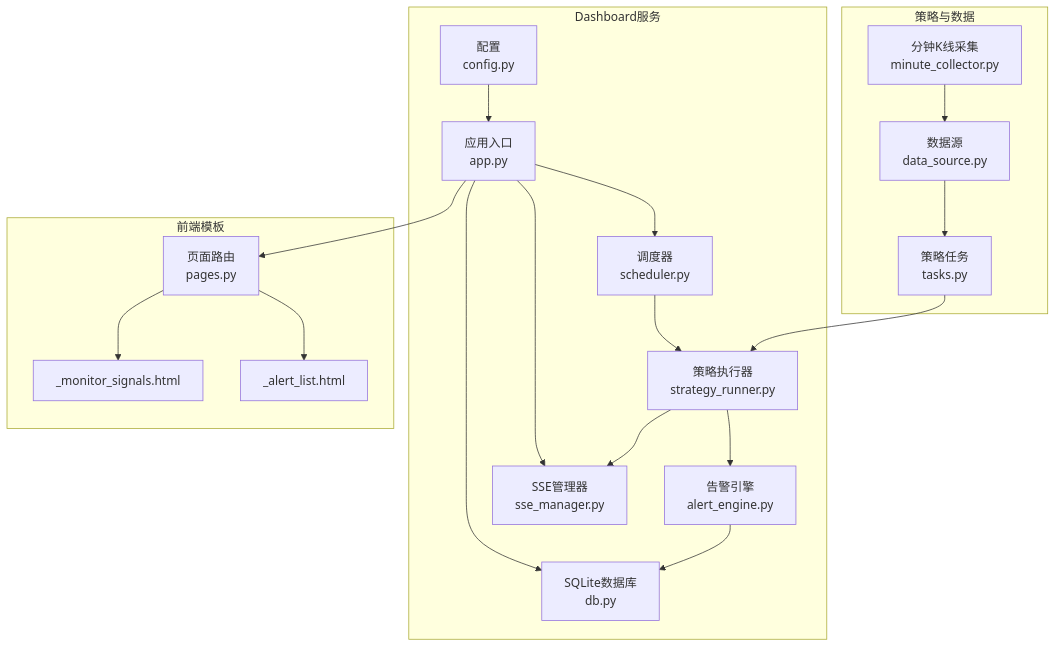
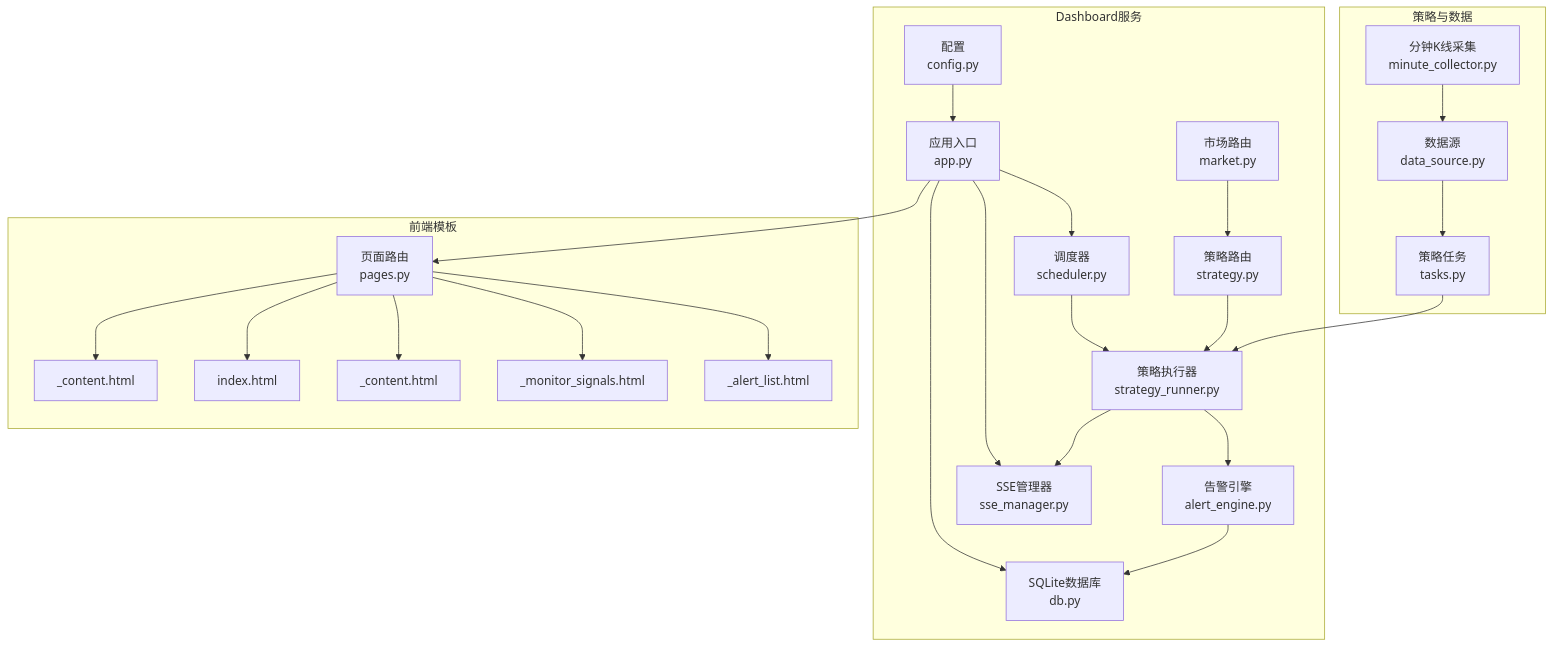
One commit to ldeng76/quant-ETF changed the first of 9 diagrams in .qoder/repowiki/zh/content/实时监控和告警系统/实时监控和告警系统.md. Above: the diagram before and after it, drawn with Mermaid. The commit also changed other lines of this file and 12 other files, not shown here.

````diff
--- a/.qoder/repowiki/zh/content/实时监控和告警系统/实时监控和告警系统.md
+++ b/.qoder/repowiki/zh/content/实时监控和告警系统/实时监控和告警系统.md
@@ -40,36 +54,46 @@
 ```mermaid
 graph TB
 subgraph "策略与数据"
 T["策略任务<br/>tasks.py"]
 DS["数据源<br/>data_source.py"]
 MC["分钟K线采集<br/>minute_collector.py"]
 end
 subgraph "Dashboard服务"
 APP["应用入口<br/>app.py"]
 SCH["调度器<br/>scheduler.py"]
 SR["策略执行器<br/>strategy_runner.py"]
 AE["告警引擎<br/>alert_engine.py"]
 SSE["SSE管理器<br/>sse_manager.py"]
 DB["SQLite数据库<br/>db.py"]
 CFG["配置<br/>config.py"]
+MR["市场路由<br/>market.py"]
+STR["策略路由<br/>strategy.py"]
 end
 subgraph "前端模板"
 PAGES["页面路由<br/>pages.py"]
 ALERT_TPL["_alert_list.html"]
 MONITOR_TPL["_monitor_signals.html"]
+STR_CONTENT["_content.html"]
+STR_INDEX["index.html"]
+MONITOR_CONTENT["_content.html"]
 end
 T --> SR
 DS --> T
 MC --> DS
 SR --> AE
 SR --> SSE
 SCH --> SR
 APP --> SCH
 APP --> SSE
 APP --> DB
 APP --> PAGES
 PAGES --> ALERT_TPL
 PAGES --> MONITOR_TPL
+PAGES --> STR_CONTENT
+PAGES --> STR_INDEX
+PAGES --> MONITOR_CONTENT
 AE --> DB
 CFG --> APP
+MR --> STR
+STR --> SR
 ```
````
